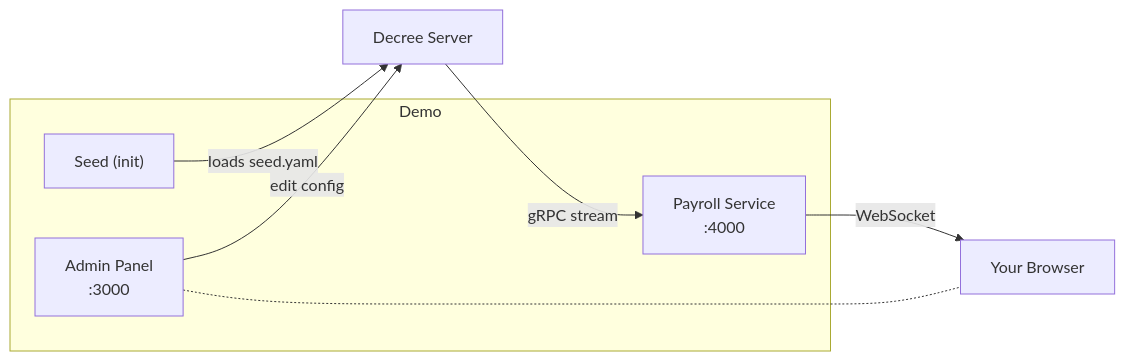
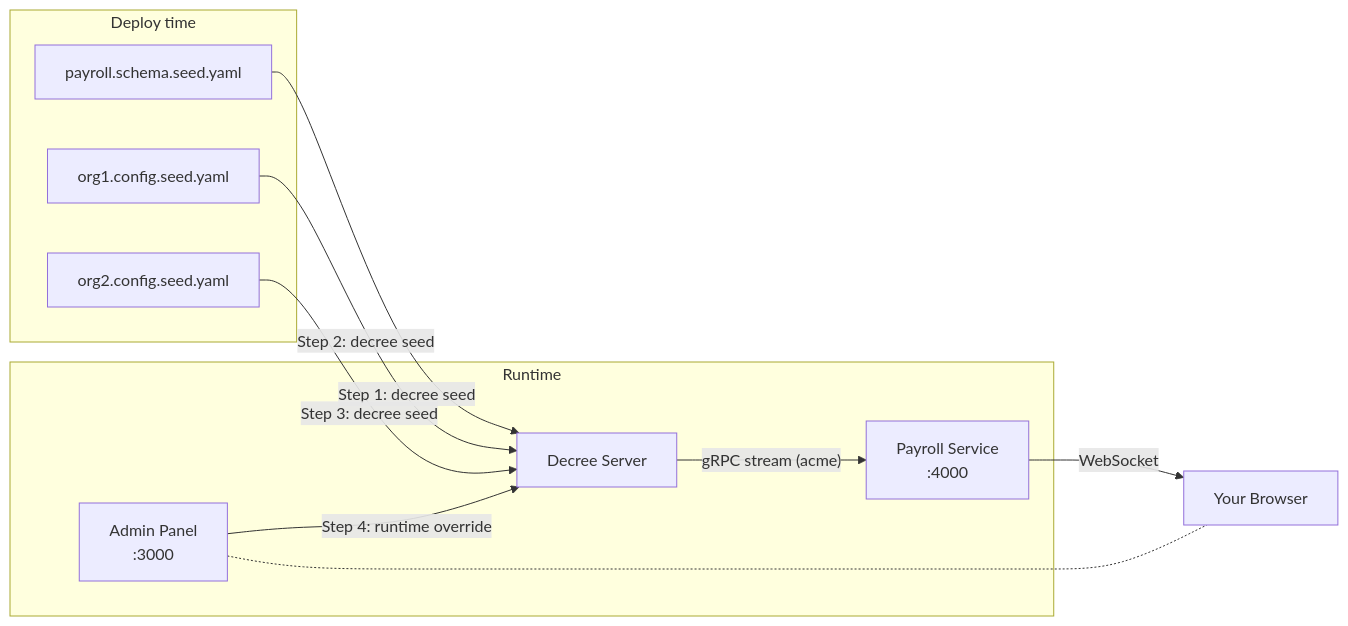
The diagram in quickstart/README.md (opendecree/demos), drawn with Mermaid before and after one commit. The commit also changed other lines of this file and 6 other files, not shown here.

First line of the commit message:
feat(quickstart): rewrite as multi-step decoupled-seed tutorial (#40)

````diff
--- a/quickstart/README.md
+++ b/quickstart/README.md
@@ -28,16 +84,22 @@
 ```mermaid
 flowchart LR
-    subgraph Demo
-        Seed["Seed (init)"]
+    subgraph "Deploy time"
+        SchemaFile["payroll.schema.seed.yaml"]
+        Org1File["org1.config.seed.yaml"]
+        Org2File["org2.config.seed.yaml"]
+    end
+
+    subgraph "Runtime"
+        Server["Decree Server"]
         Admin["Admin Panel\n:3000"]
         Payroll["Payroll Service\n:4000"]
     end
 
-    Server["Decree Server"]
-
-    Seed -->|"loads seed.yaml"| Server
-    Admin -->|"edit config"| Server
-    Server -->|"gRPC stream"| Payroll
+    SchemaFile -->|"Step 1: decree seed"| Server
+    Org1File -->|"Step 2: decree seed"| Server
+    Org2File -->|"Step 3: decree seed"| Server
+    Admin -->|"Step 4: runtime override"| Server
+    Server -->|"gRPC stream (acme)"| Payroll
     Payroll -->|"WebSocket"| Browser["Your Browser"]
     Admin -.- Browser
 ```
````
